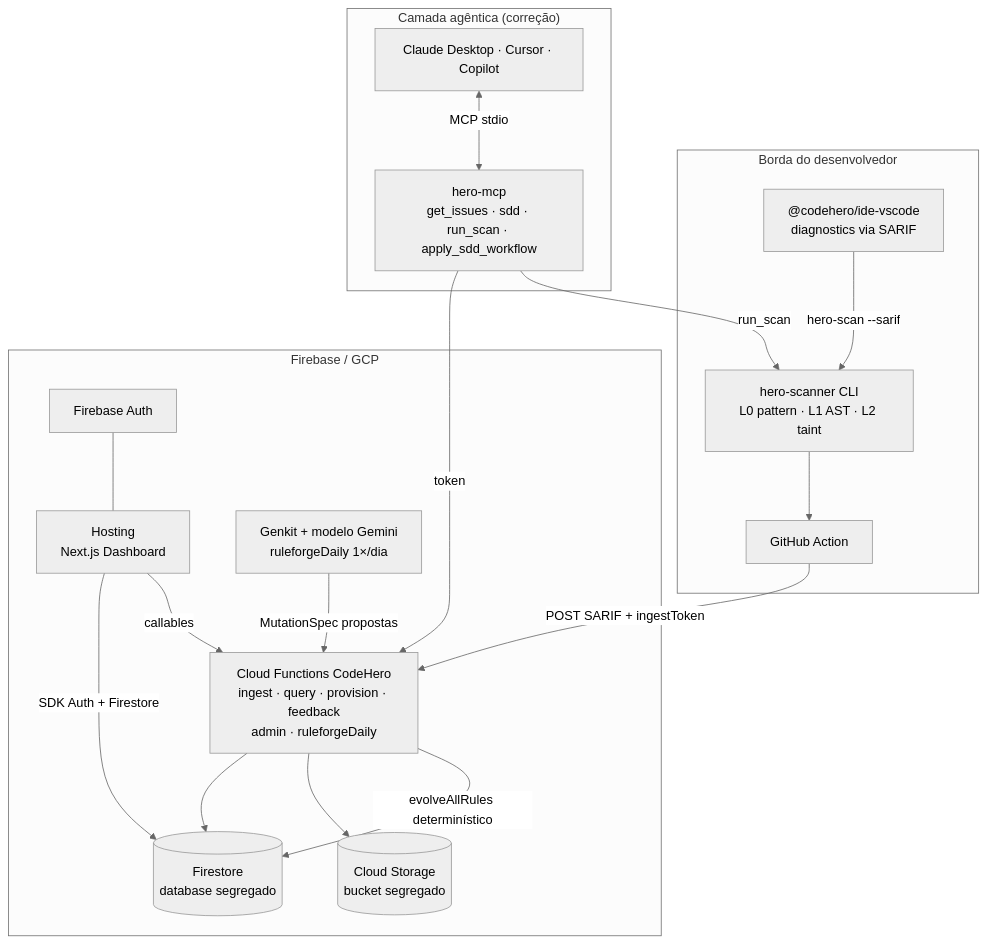
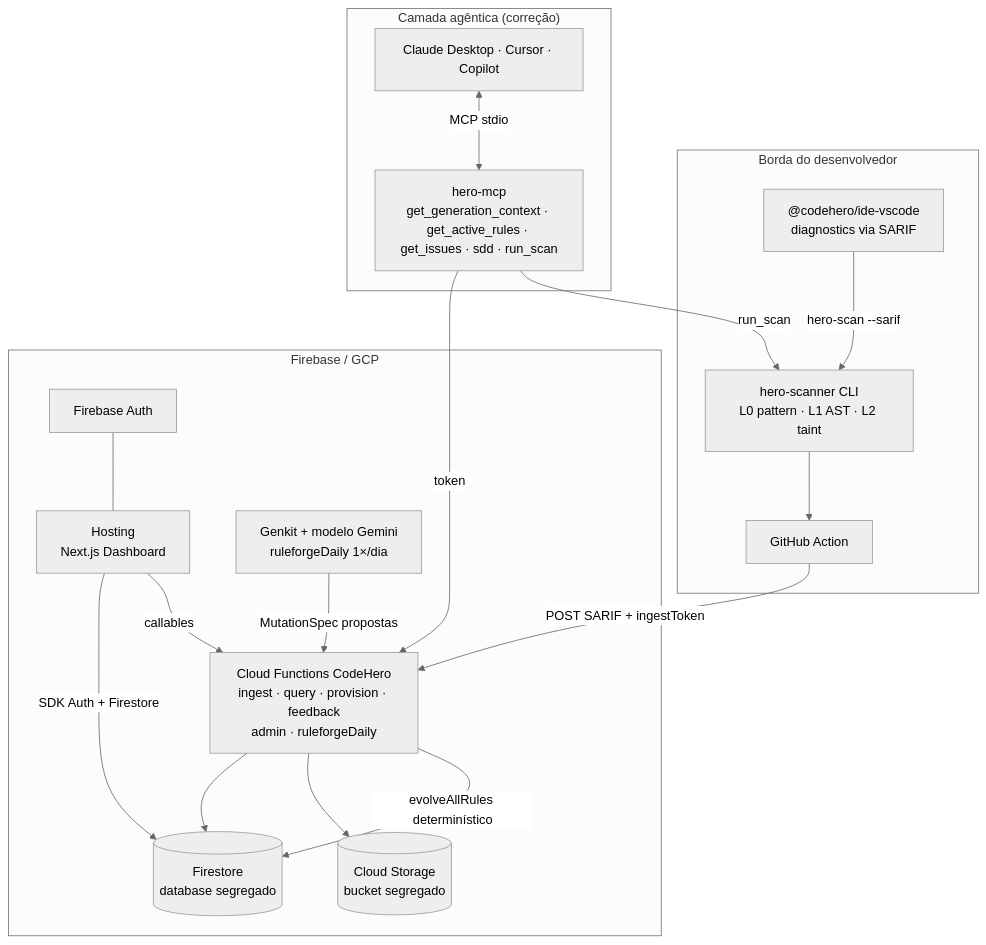
The first of 2 diagrams in docs/ARCHITECTURE.md (nbsjunior/codehero), drawn with Mermaid (neutral theme) before and after one commit. The commit also changed other lines of this file and 60 other files, not shown here.

````diff
--- a/docs/ARCHITECTURE.md
+++ b/docs/ARCHITECTURE.md
@@ -37,36 +37,36 @@
 ```mermaid
 graph TB
     subgraph EDGE["Borda do desenvolvedor"]
         CLI["hero-scanner CLI<br/>L0 pattern · L1 AST · L2 taint"]
         IDE["@codehero/ide-vscode<br/>diagnostics via SARIF"]
         GHA["GitHub Action"]
     end
 
     subgraph FB["Firebase / GCP"]
         AUTH["Firebase Auth"]
         FUNC["Cloud Functions CodeHero<br/>ingest · query · provision · feedback<br/>admin · ruleforgeDaily"]
         FS[("Firestore<br/>database segregado")]
         ST[("Cloud Storage<br/>bucket segregado")]
         HOST["Hosting<br/>Next.js Dashboard"]
         GEN["Genkit + modelo Gemini<br/>ruleforgeDaily 1×/dia"]
     end
 
     subgraph AI["Camada agêntica (correção)"]
-        MCP["hero-mcp<br/>get_issues · sdd · run_scan · apply_sdd_workflow"]
+        MCP["hero-mcp<br/>get_generation_context · get_active_rules · get_issues · sdd · run_scan"]
         AGENTS["Claude Desktop · Cursor · Copilot"]
     end
 
     CLI --> GHA
     IDE -->|hero-scan --sarif| CLI
     GHA -->|POST SARIF + ingestToken| FUNC
     FUNC --> FS
     FUNC --> ST
     GEN -->|MutationSpec propostas| FUNC
     FUNC -->|evolveAllRules determinístico| FS
     HOST -->|SDK Auth + Firestore| FS
     HOST -->|callables| FUNC
     AUTH --- HOST
     MCP -->|token| FUNC
     AGENTS <-->|MCP stdio| MCP
     MCP -->|run_scan| CLI
 ```
````
